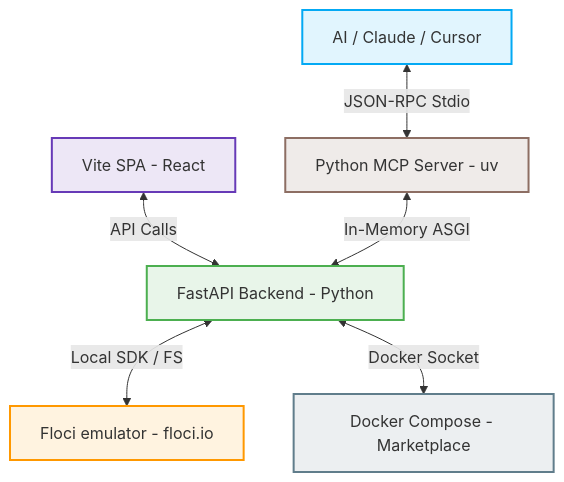
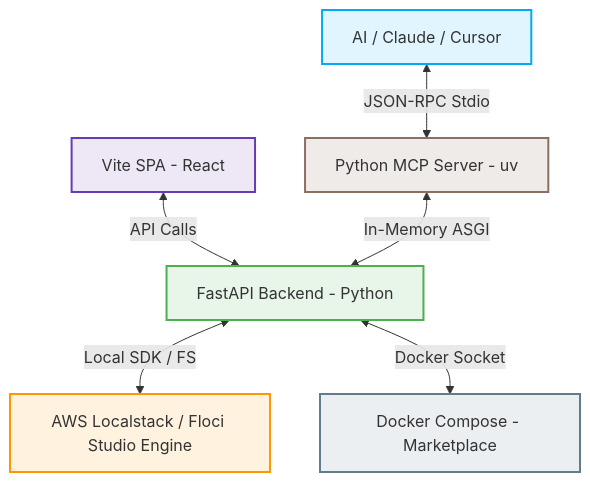
One commit to pmaojo/floci-studio changed the diagram in README.md. Above: the diagram before and after it, drawn with Mermaid. The commit also changed other lines of this file and 62 other files, not shown here.

````diff
--- a/README.md
+++ b/README.md
@@ -15,17 +11,17 @@
 ```mermaid
 graph TD
     %% Components
     LLM[AI / Claude / Cursor] <-->|JSON-RPC Stdio| MCP[Python MCP Server - uv]
     SPA[Vite SPA - React] <-->|API Calls| Backend[FastAPI Backend - Python]
     MCP <-->|In-Memory ASGI| Backend
-    Backend <-->|Local SDK / FS| LocalStack[Floci emulator - floci.io]
+    Backend <-->|Local SDK / FS| LocalStack[AWS Localstack / Floci Studio Engine]
     Backend <-->|Docker Socket| DockerMarket[Docker Compose - Marketplace]
 
     %% Styles
     style LLM fill:#e1f5fe,stroke:#03a9f4,stroke-width:2px
     style MCP fill:#efebe9,stroke:#8d6e63,stroke-width:2px
     style SPA fill:#ede7f6,stroke:#673ab7,stroke-width:2px
     style Backend fill:#e8f5e9,stroke:#4caf50,stroke-width:2px
     style LocalStack fill:#fff3e0,stroke:#ff9800,stroke-width:2px
     style DockerMarket fill:#eceff1,stroke:#607d8b,stroke-width:2px
 ```
````
